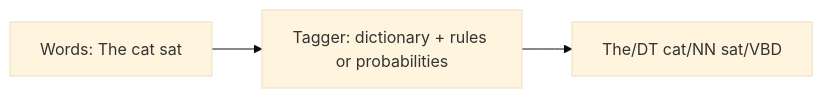
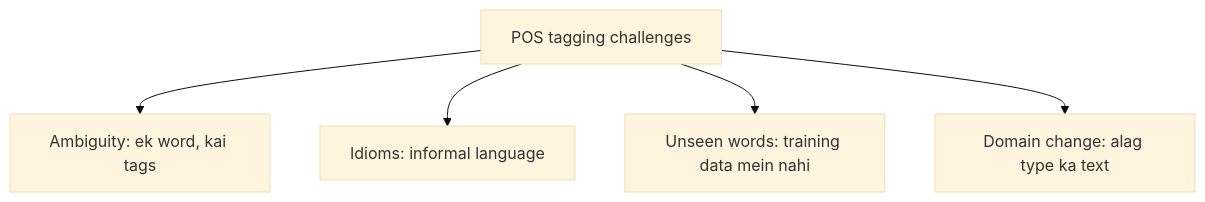
Before and after one commit to TrendySloth1001/sem-seven-notes: the second of 2 diagrams in content/natural-language-processing/pyq/2022-12-ce/q3c.hi.mdx, drawn with Mermaid (base theme). The commit also changed other lines of this file and 406 other files, not shown here.

````diff
--- a/content/natural-language-processing/pyq/2022-12-ce/q3c.hi.mdx
+++ b/content/natural-language-processing/pyq/2022-12-ce/q3c.hi.mdx
@@ -11,5 +32,8 @@
 ```mermaid
-%% caption: Tagger words leta hai aur dictionary aur context use karke har word ke liye ek tag chunta hai.
-flowchart LR
-  W["Words: The cat sat"] --> T["Tagger: dictionary + rules or probabilities"] --> O["The/DT cat/NN sat/VBD"]
+%% caption: Chaar challenges aur har ek ki wajah.
+flowchart TD
+  A["POS tagging challenges"] --> B["Ambiguity: ek word, kai tags"]
+  A --> C["Idioms: informal language"]
+  A --> D["Unseen words: training data mein nahi"]
+  A --> E["Domain change: alag type ka text"]
 ```
````
